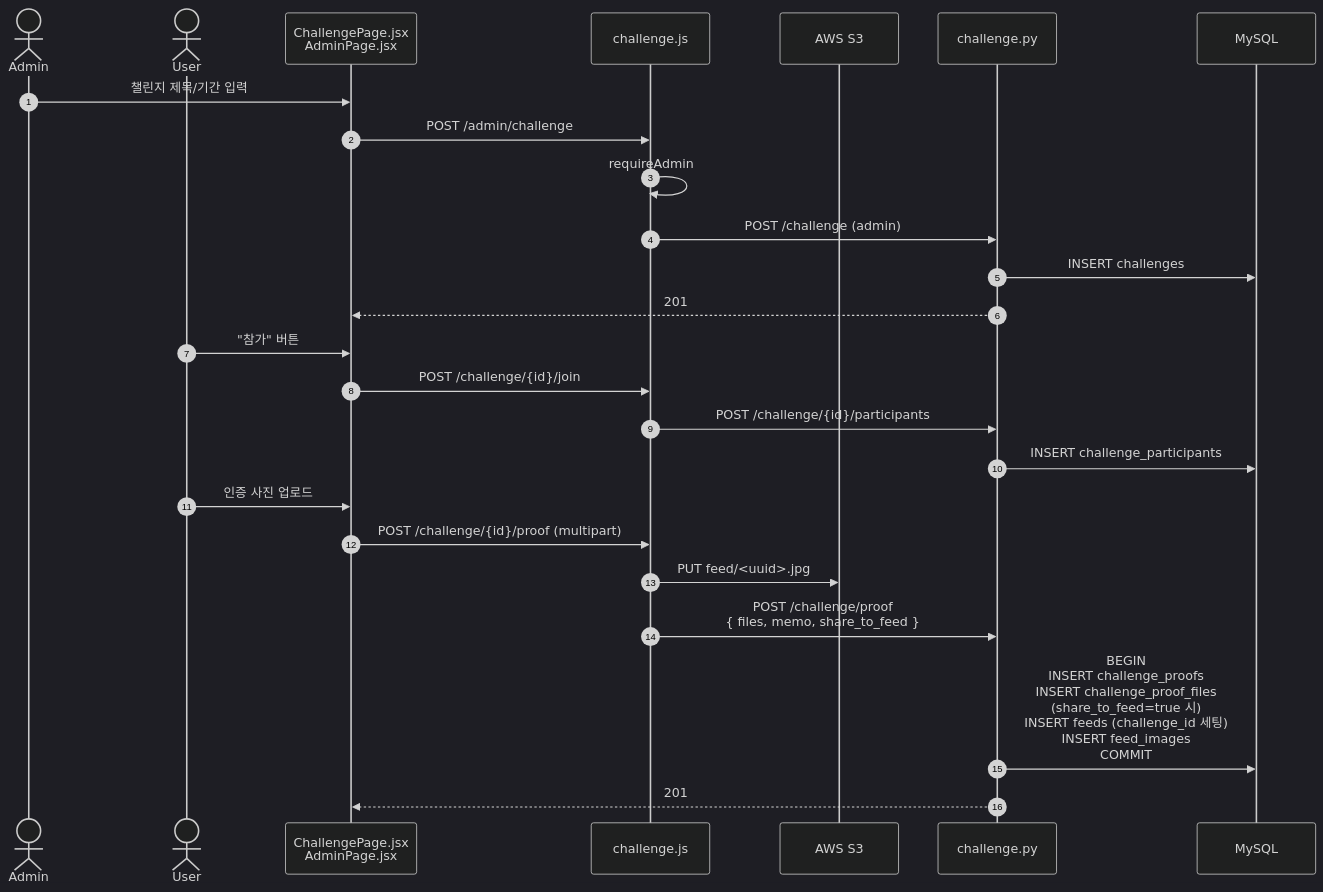
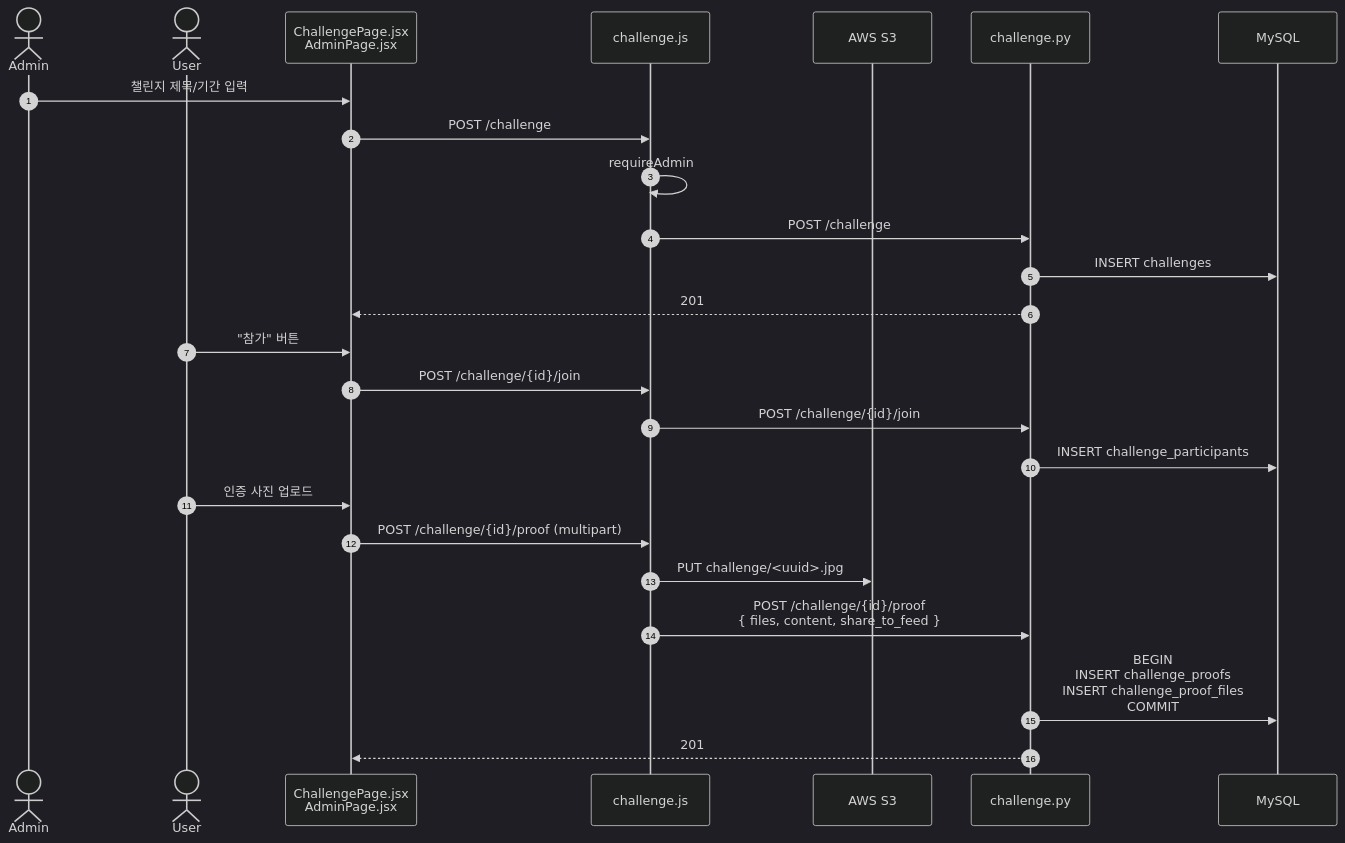
The fifth of 6 diagrams in docs/report/05-feature-flows.md (junseoja/capston), drawn with Mermaid (dark theme) before and after one commit. The commit also changed other lines of this file and 9 other files, not shown here.

````diff
--- a/docs/report/05-feature-flows.md
+++ b/docs/report/05-feature-flows.md
@@ -123,30 +123,30 @@
 ```mermaid
 sequenceDiagram
     autonumber
     actor A as Admin
     actor U as User
     participant FE as ChallengePage.jsx<br/>AdminPage.jsx
     participant BE as challenge.js
     participant S3 as AWS S3
     participant API as challenge.py
     participant DB as MySQL
 
     A->>FE: 챌린지 제목/기간 입력
-    FE->>BE: POST /admin/challenge
+    FE->>BE: POST /challenge
     BE->>BE: requireAdmin
-    BE->>API: POST /challenge (admin)
+    BE->>API: POST /challenge
     API->>DB: INSERT challenges
     API-->>FE: 201
 
     U->>FE: "참가" 버튼
     FE->>BE: POST /challenge/{id}/join
-    BE->>API: POST /challenge/{id}/participants
+    BE->>API: POST /challenge/{id}/join
     API->>DB: INSERT challenge_participants
 
     U->>FE: 인증 사진 업로드
     FE->>BE: POST /challenge/{id}/proof (multipart)
-    BE->>S3: PUT feed/<uuid>.jpg
-    BE->>API: POST /challenge/proof<br/>{ files, memo, share_to_feed }
-    API->>DB: BEGIN<br/>INSERT challenge_proofs<br/>INSERT challenge_proof_files<br/>(share_to_feed=true 시)<br/>INSERT feeds (challenge_id 세팅)<br/>INSERT feed_images<br/>COMMIT
+    BE->>S3: PUT challenge/<uuid>.jpg
+    BE->>API: POST /challenge/{id}/proof<br/>{ files, content, share_to_feed }
+    API->>DB: BEGIN<br/>INSERT challenge_proofs<br/>INSERT challenge_proof_files<br/>COMMIT
     API-->>FE: 201
 ```
````
